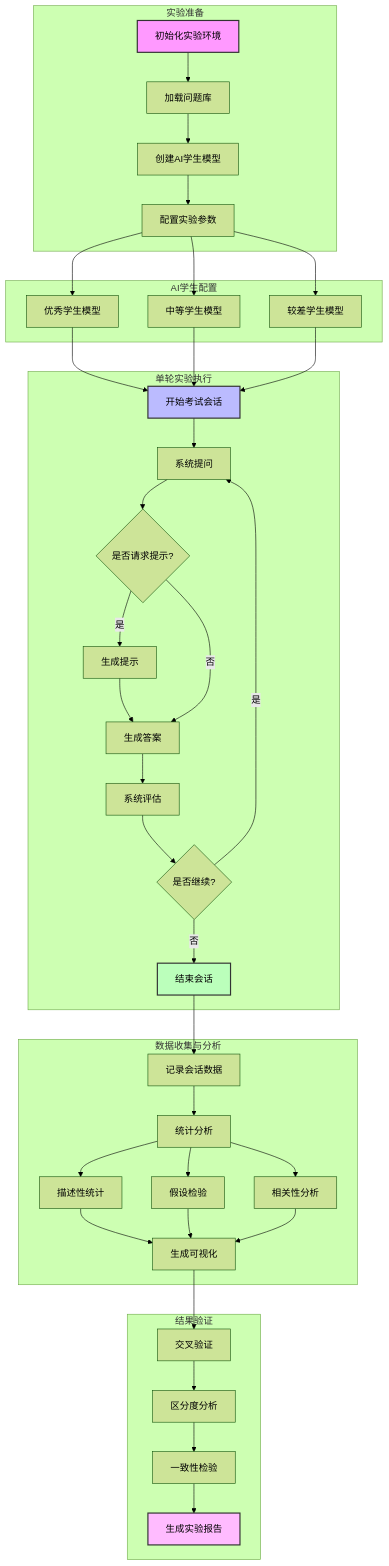
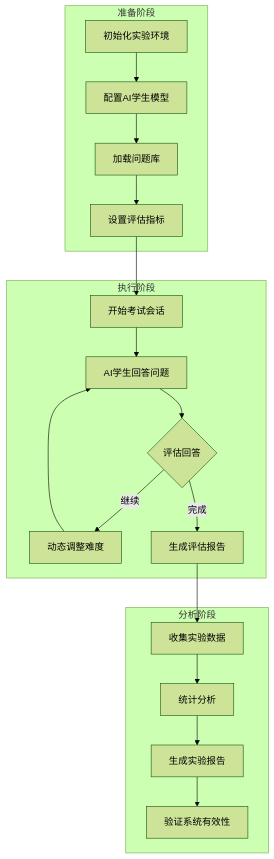
One commit to CHANHaochengZhang/chatexaminer changed the diagram in docs/experiment_future.md. Above: the diagram before and after it, drawn with Mermaid (forest theme). The commit also changed other lines of this file, not shown here.

````diff
--- a/docs/experiment_future.md
+++ b/docs/experiment_future.md
@@ -78,48 +440,25 @@
 ```mermaid
-graph TD
-    subgraph 实验准备
-        A[初始化实验环境] --> B[加载问题库]
-        B --> C[创建AI学生模型]
-        C --> D[配置实验参数]
+graph TB
+    subgraph 准备阶段
+        A[初始化实验环境] --> B[配置AI学生模型]
+        B --> C[加载问题库]
+        C --> D[设置评估指标]
     end
 
-    subgraph AI学生配置
-        D --> E1[优秀学生模型]
-        D --> E2[中等学生模型]
-        D --> E3[较差学生模型]
+    subgraph 执行阶段
+        E[开始考试会话] --> F[AI学生回答问题]
+        F --> G{评估回答}
+        G -->|继续| H[动态调整难度]
+        H --> F
+        G -->|完成| I[生成评估报告]
     end
 
-    subgraph 单轮实验执行
-        E1 & E2 & E3 --> F[开始考试会话]
-        F --> G[系统提问]
-        G --> H{是否请求提示?}
-        H -->|是| I[生成提示]
-        I --> J[生成答案]
-        H -->|否| J
-        J --> K[系统评估]
-        K --> L{是否继续?}
-        L -->|是| G
-        L -->|否| M[结束会话]
+    subgraph 分析阶段
+        J[收集实验数据] --> K[统计分析]
+        K --> L[生成实验报告]
+        L --> M[验证系统有效性]
     end
 
-    subgraph 数据收集与分析
-        M --> N[记录会话数据]
-        N --> O[统计分析]
-        O --> P1[描述性统计]
-        O --> P2[假设检验]
-        O --> P3[相关性分析]
-        P1 & P2 & P3 --> Q[生成可视化]
-    end
-
-    subgraph 结果验证
-        Q --> R[交叉验证]
-        R --> S[区分度分析]
-        S --> T[一致性检验]
-        T --> U[生成实验报告]
-    end
-
-    style A fill:#f9f,stroke:#333,stroke-width:2px
-    style F fill:#bbf,stroke:#333,stroke-width:2px
-    style M fill:#bfb,stroke:#333,stroke-width:2px
-    style U fill:#fbf,stroke:#333,stroke-width:2px
+    D --> E
+    I --> J
 ```
````
